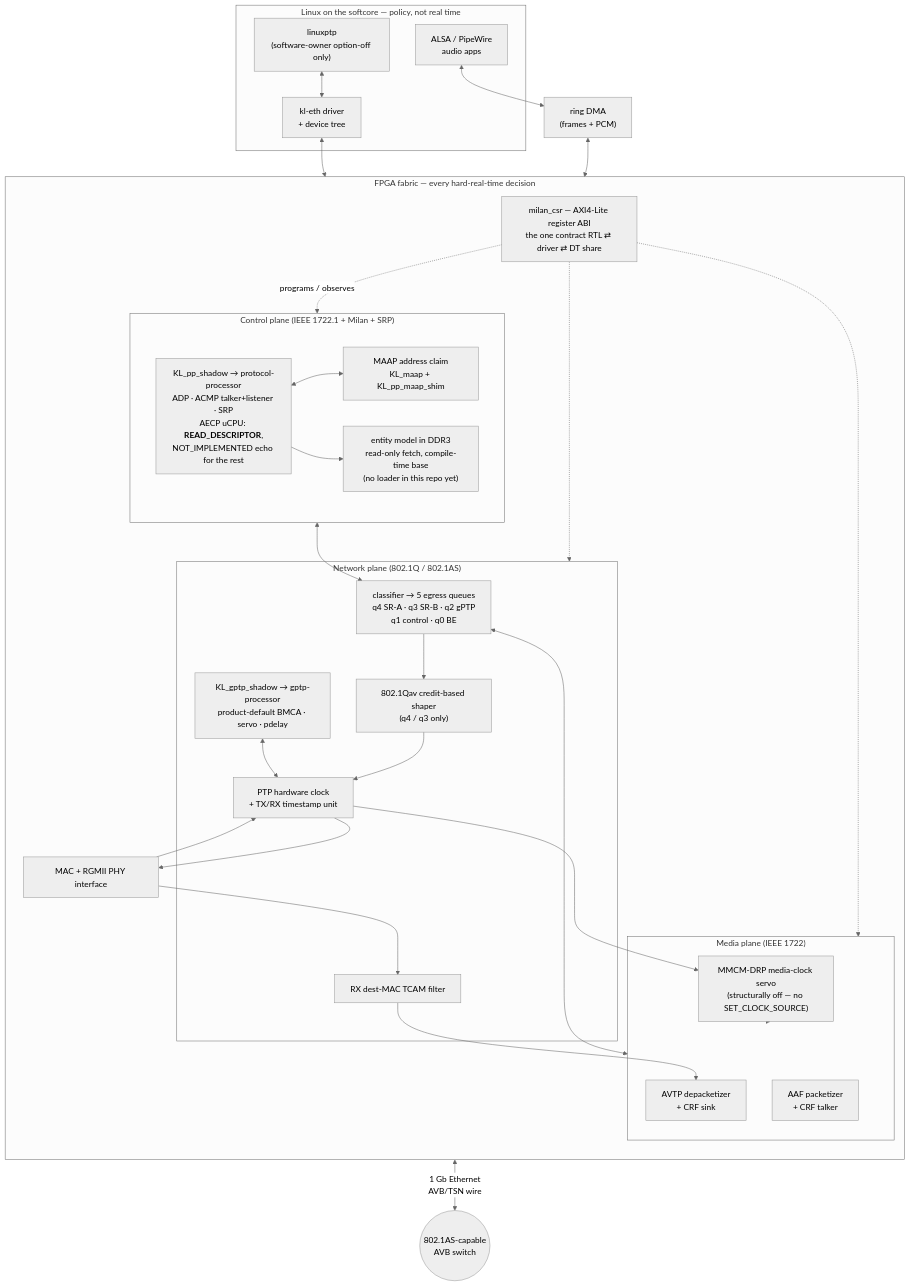
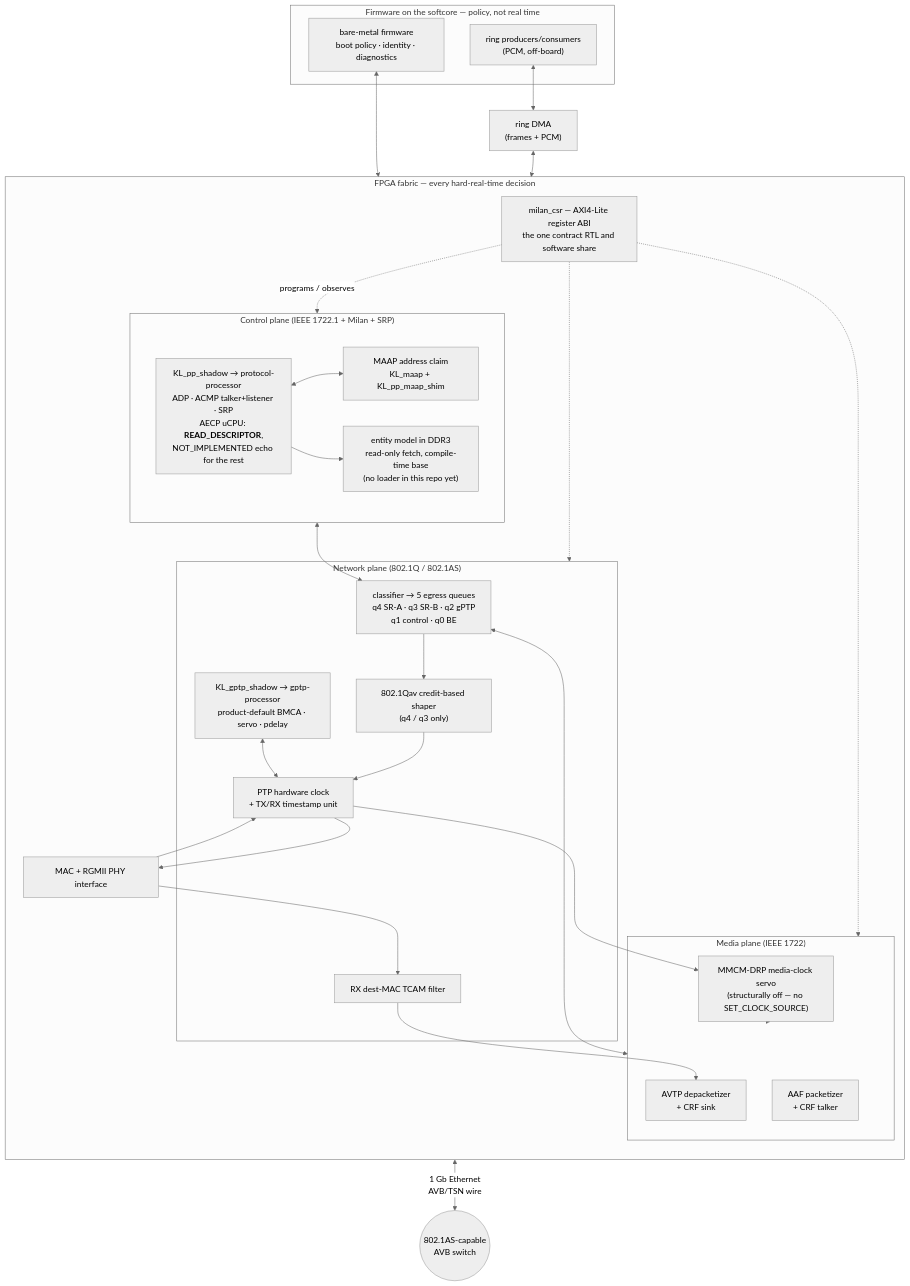
Before and after one commit to kebag-logic/milan-fpga: the diagram in docs/overview/AT_A_GLANCE.md, drawn with Mermaid (neutral theme). The commit also changed other lines of this file and 13 other files, not shown here.

````diff
--- a/docs/overview/AT_A_GLANCE.md
+++ b/docs/overview/AT_A_GLANCE.md
@@ -78,49 +78,47 @@
 ```mermaid
 flowchart TB
-    subgraph HOST["Linux on the softcore — policy, not real time"]
-        ALSA["ALSA / PipeWire<br/>audio apps"]
-        PTPD["linuxptp<br/>(software-owner option-off only)"]
-        DRV["kl-eth driver<br/>+ device tree"]
+    subgraph HOST["Firmware on the softcore — policy, not real time"]
+        RINGS["ring producers/consumers<br/>(PCM, off-board)"]
+        FW["bare-metal firmware<br/>boot policy · identity · diagnostics"]
     end
 
     subgraph FAB["FPGA fabric — every hard-real-time decision"]
         direction TB
-        CSR["milan_csr — AXI4-Lite register ABI<br/>the one contract RTL ⇄ driver ⇄ DT share"]
+        CSR["milan_csr — AXI4-Lite register ABI<br/>the one contract RTL and software share"]
         subgraph CTRL["Control plane (IEEE 1722.1 + Milan + SRP)"]
             PP["KL_pp_shadow → protocol-processor<br/>ADP · ACMP talker+listener · SRP<br/>AECP uCPU: <b>READ_DESCRIPTOR</b>,<br/>NOT_IMPLEMENTED echo for the rest"]
             MAAP["MAAP address claim<br/>KL_maap + KL_pp_maap_shim"]
             DESC["entity model in DDR3<br/>read-only fetch, compile-time base<br/>(no loader in this repo yet)"]
             PP <--> MAAP
             PP --> DESC
         end
         subgraph MEDIA["Media plane (IEEE 1722)"]
             PKT["AAF packetizer<br/>+ CRF talker"]
             DEP["AVTP depacketizer<br/>+ CRF sink"]
             SERVO["MMCM-DRP media-clock servo<br/>(structurally off — no SET_CLOCK_SOURCE)"]
         end
         subgraph NET["Network plane (802.1Q / 802.1AS)"]
             CLS["classifier → 5 egress queues<br/>q4 SR-A · q3 SR-B · q2 gPTP<br/>q1 control · q0 BE"]
             CBS["802.1Qav credit-based shaper<br/>(q4 / q3 only)"]
             PHC["PTP hardware clock<br/>+ TX/RX timestamp unit"]
             GPTP["KL_gptp_shadow → gptp-processor<br/>product-default BMCA · servo · pdelay"]
             FILT["RX dest-MAC TCAM filter"]
         end
         MAC["MAC + RGMII PHY interface"]
     end
 
-    ALSA <--> DMA["ring DMA<br/>(frames + PCM)"]
-    PTPD <--> DRV
-    DRV <--> CSR
+    RINGS <--> DMA["ring DMA<br/>(frames + PCM)"]
+    FW <--> CSR
     CSR -.->|"programs / observes"| CTRL
     CSR -.-> MEDIA
     CSR -.-> NET
     DMA <--> CLS
     MEDIA <--> CLS
     CTRL <--> CLS
     CLS --> CBS --> PHC --> MAC
     MAC --> FILT --> DEP
     MAC --> PHC
     PHC --> SERVO --> MEDIA
     GPTP <--> PHC
     MAC <-->|"1 Gb Ethernet<br/>AVB/TSN wire"| WIRE(("802.1AS-capable<br/>AVB switch"))
 ```
````
